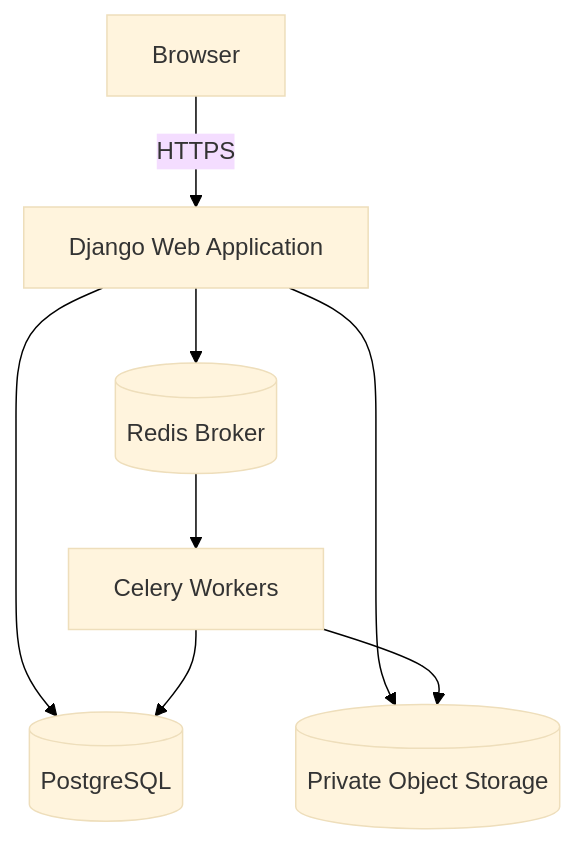
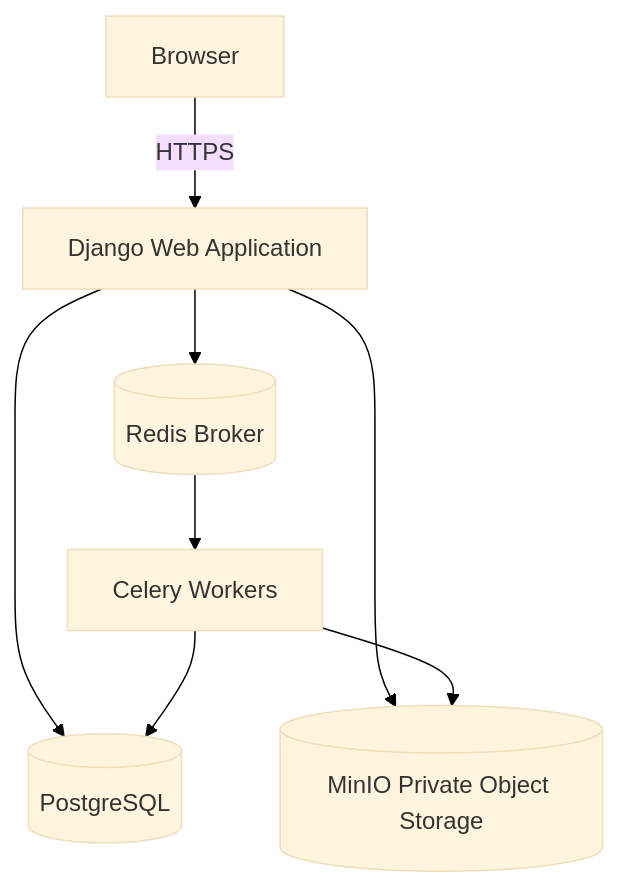
Before and after one commit to siantika/procurement-demo: the second of 7 diagrams in docs/05-system-architecture.md, drawn with Mermaid. The commit also changed other lines of this file, not shown here.

Commit message:
docs: finalize MVP architecture decisions

```diff
--- a/docs/05-system-architecture.md
+++ b/docs/05-system-architecture.md
@@ -95,18 +95,18 @@
 ~~~mermaid
 %%{init: {"theme": "base", "themeVariables": {"background": "#ffffff"}}}%%
 flowchart TB
     Browser[Browser]
     Web[Django Web Application]
     Worker[Celery Workers]
     DB[(PostgreSQL)]
     Broker[(Redis Broker)]
-    Storage[(Private Object Storage)]
+    Storage[(MinIO Private Object Storage)]
 
     Browser -->|HTTPS| Web
     Web --> DB
     Web --> Storage
     Web --> Broker
     Broker --> Worker
     Worker --> DB
     Worker --> Storage
 ~~~
```
